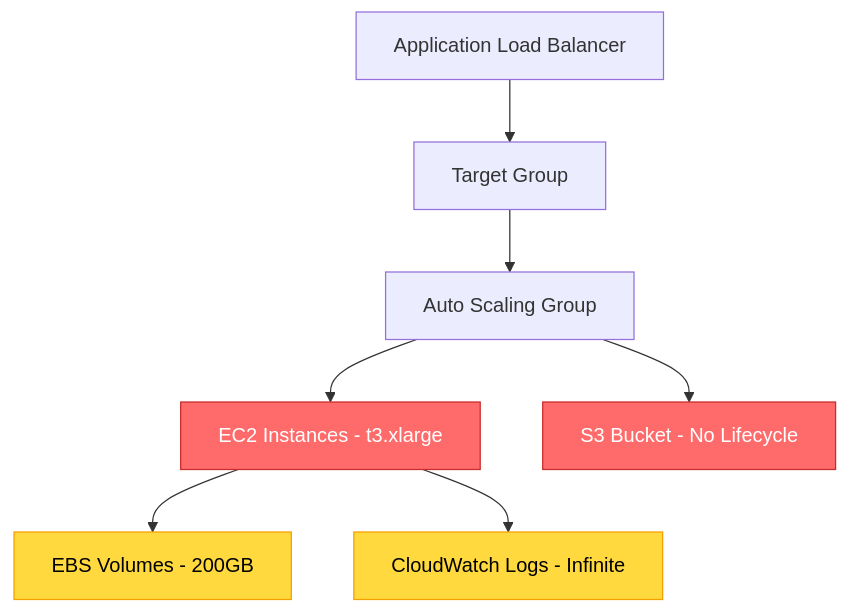
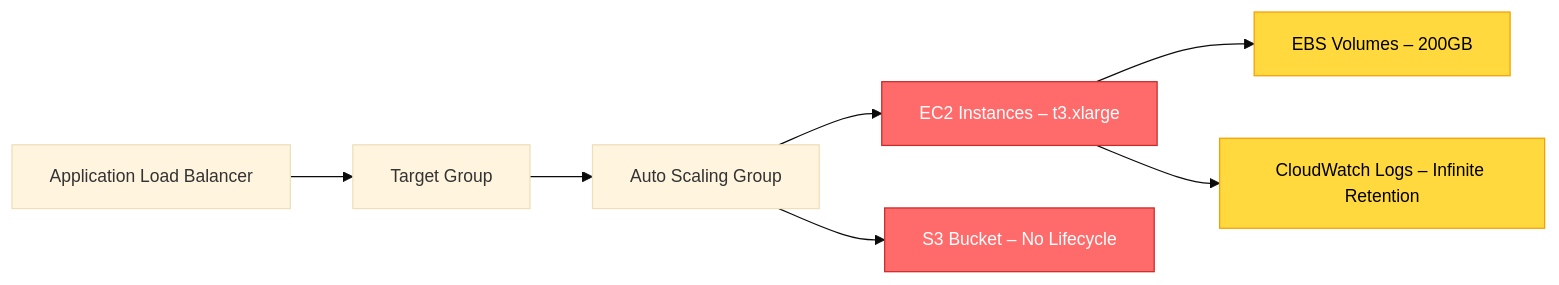
Before and after one commit to Dee66/costpilotdemo: the diagram in snapshots/mapping_v1.mmd, drawn with Mermaid. The commit also changed 15 other files, not shown here.

```diff
--- a/snapshots/mapping_v1.mmd
+++ b/snapshots/mapping_v1.mmd
@@ -1,23 +1,20 @@
-graph TD
-    ALB[Application Load Balancer]
-    TG[Target Group]
-    ASG[Auto Scaling Group]
-    EC2[EC2 Instances - t3.xlarge]
-    EBS[EBS Volumes - 200GB]
-    S3[S3 Bucket - No Lifecycle]
-    CW[CloudWatch Logs - Infinite]
-    
-    ALB --> TG
-    TG --> ASG
-    ASG --> EC2
+%%{init: {'theme':'base', 'themeVariables': {'fontSize':'14px'}}}%%
+graph LR
+    ALB["Application Load Balancer"]
+    TG["Target Group"]
+    ASG["Auto Scaling Group"]
+    EC2["EC2 Instances – t3.xlarge"]
+    EBS["EBS Volumes – 200GB"]
+    S3["S3 Bucket – No Lifecycle"]
+    CW["CloudWatch Logs – Infinite Retention"]
+
+    ALB --> TG --> ASG --> EC2
     EC2 --> EBS
     EC2 --> CW
     ASG --> S3
-    
-    style EC2 fill:#ff6b6b,stroke:#c92a2a,color:#fff
-    style EBS fill:#ffd93d,stroke:#f59f00,color:#000
-    style S3 fill:#ff6b6b,stroke:#c92a2a,color:#fff
-    style CW fill:#ffd93d,stroke:#f59f00,color:#000
-    
-    classDef highCost fill:#ff6b6b,stroke:#c92a2a,color:#fff
-    classDef mediumCost fill:#ffd93d,stroke:#f59f00,color:#000
+
+    classDef highCost fill:#ff6b6b,stroke:#c92a2a,color:#ffffff;
+    classDef mediumCost fill:#ffd93d,stroke:#f59f00,color:#000000;
+
+    class EC2,S3 highCost;
+    class EBS,CW mediumCost;
```
